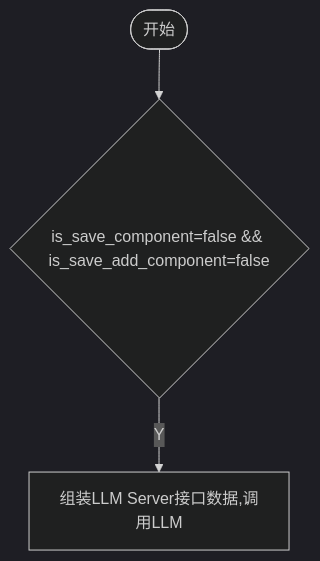
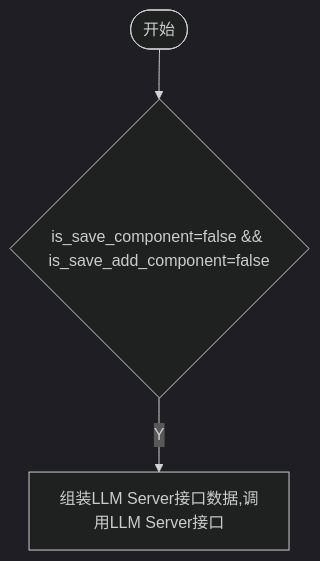
One commit to yingjianzh/iodraw-files changed the diagram in all/未命名-7.md. Above: the diagram before and after it, drawn with Mermaid (dark theme).

Commit message:
2024-10-12 13:53:09 update

````diff
--- a/all/未命名-7.md
+++ b/all/未命名-7.md
@@ -1,8 +1,9 @@
 ```mermaid
 flowchart TD
     A([开始]) --> B{is_save_component=false && is_save_add_component=false}
-    B -- Y --> C[组装LLM Server接口数据,调用LLM]
+    B -- Y --> C[组装LLM Server接口数据,调用LLM Server接口]
+    B
     
     
 
 ```
````
